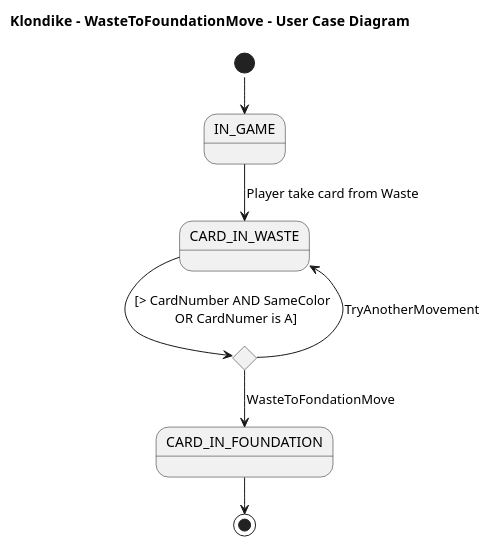
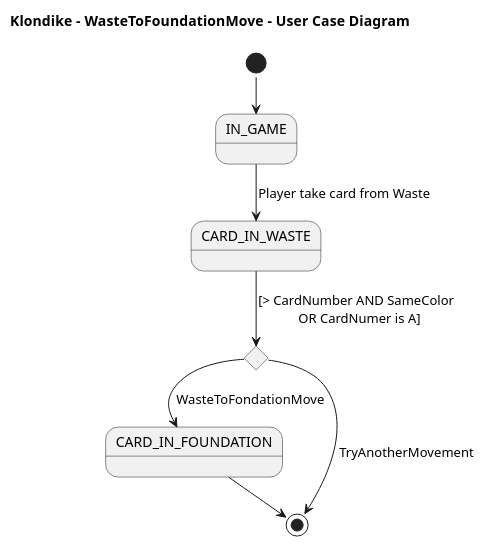
One commit to AngelOS95P/Maestria_IngSoftware_grupo6 changed the diagram in 2 Modelo de vistas de caso de uso/Diagrama de caso de uso - WasteToFoundationMove.plantuml. Above: the diagram before and after it, drawn with PlantUML. The commit also changed 13 other files, not shown here.

```diff
--- a/2 Modelo de vistas de caso de uso/Diagrama de caso de uso - WasteToFoundationMove.plantuml
+++ b/2 Modelo de vistas de caso de uso/Diagrama de caso de uso - WasteToFoundationMove.plantuml
@@ -1,17 +1,17 @@
 @startuml UCWasteToFoundationMove
 !pragma layout smetana
 title Klondike  - WasteToFoundationMove - User Case Diagram
 
 state IN_GAME
 state CARD_IN_WASTE
 state if <<choice>>
 state CARD_IN_FOUNDATION
 
 [*] --> IN_GAME
 IN_GAME --> CARD_IN_WASTE: Player take card from Waste
 CARD_IN_WASTE --> if: [> CardNumber AND SameColor \n OR CardNumer is A]
 if --> CARD_IN_FOUNDATION: WasteToFondationMove
-if --> CARD_IN_WASTE: TryAnotherMovement
+if --> [*]: TryAnotherMovement
 CARD_IN_FOUNDATION--> [*]
 
 @enduml
```
